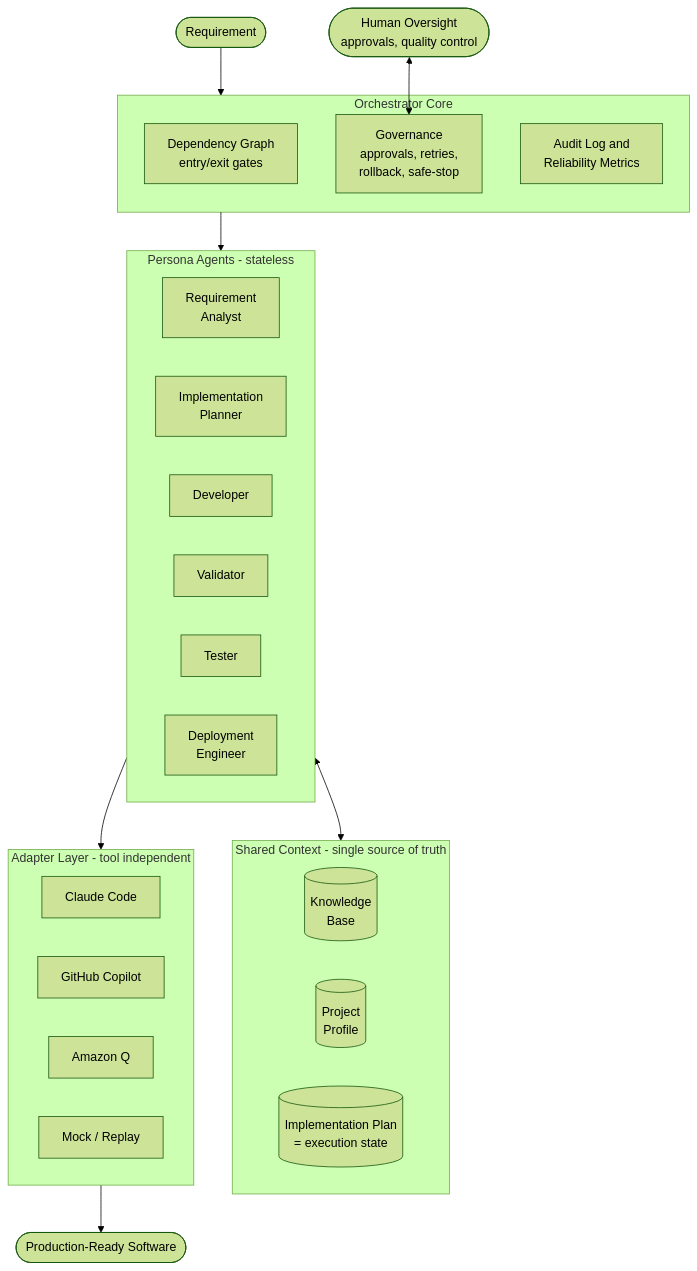
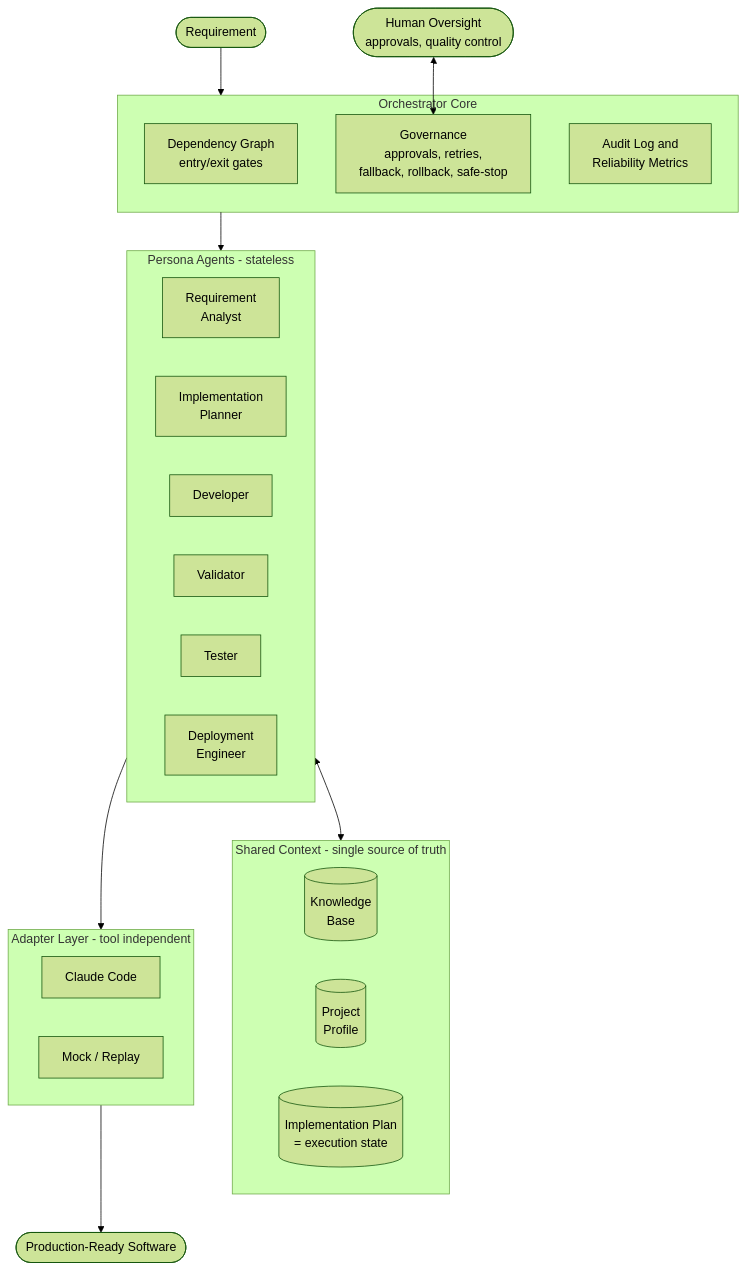
One commit to rajagopalbaskaran/ai-sdlc changed the diagram in README.md. Above: the diagram before and after it, drawn with Mermaid (forest theme). The commit also changed other lines of this file, not shown here.

````diff
--- a/README.md
+++ b/README.md
@@ -37,42 +71,40 @@
 ```mermaid
 flowchart TB
     REQ([Requirement])
     HUMAN([Human Oversight<br/>approvals, quality control])
 
     subgraph CORE[Orchestrator Core]
         DAG[Dependency Graph<br/>entry/exit gates]
-        GOV[Governance<br/>approvals, retries,<br/>rollback, safe-stop]
+        GOV[Governance<br/>approvals, retries,<br/>fallback, rollback, safe-stop]
         OBS[Audit Log and<br/>Reliability Metrics]
     end
 
     subgraph AGENTS[Persona Agents - stateless]
         RA[Requirement<br/>Analyst]
         IP[Implementation<br/>Planner]
         DEV[Developer]
         VAL[Validator]
         TST[Tester]
         DEP[Deployment<br/>Engineer]
     end
 
     subgraph CONTEXT[Shared Context - single source of truth]
         KB[(Knowledge<br/>Base)]
         PP[(Project<br/>Profile)]
         PLAN[(Implementation Plan<br/>= execution state)]
     end
 
     subgraph ADAPTERS[Adapter Layer - tool independent]
         CC[Claude Code]
-        CP[GitHub Copilot]
-        AQ[Amazon Q]
         MK[Mock / Replay]
     end
 
     OUT([Production-Ready Software])
 
     REQ --> CORE
     HUMAN <--> GOV
     CORE --> AGENTS
     AGENTS <--> CONTEXT
     AGENTS --> ADAPTERS
     ADAPTERS --> OUT
 ```
````
